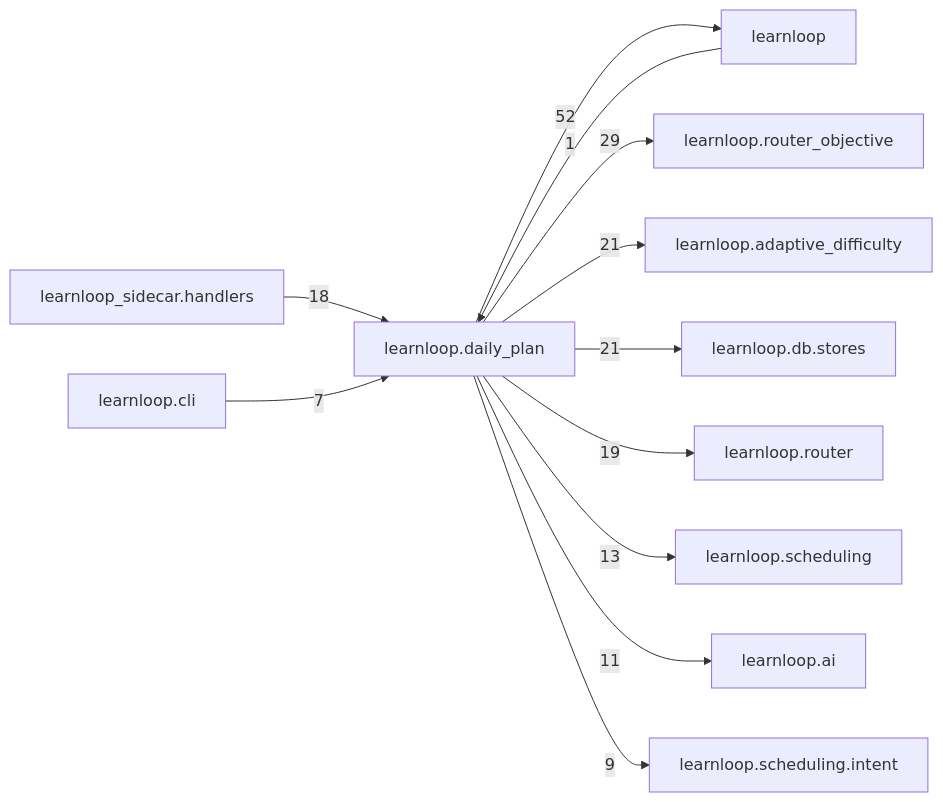
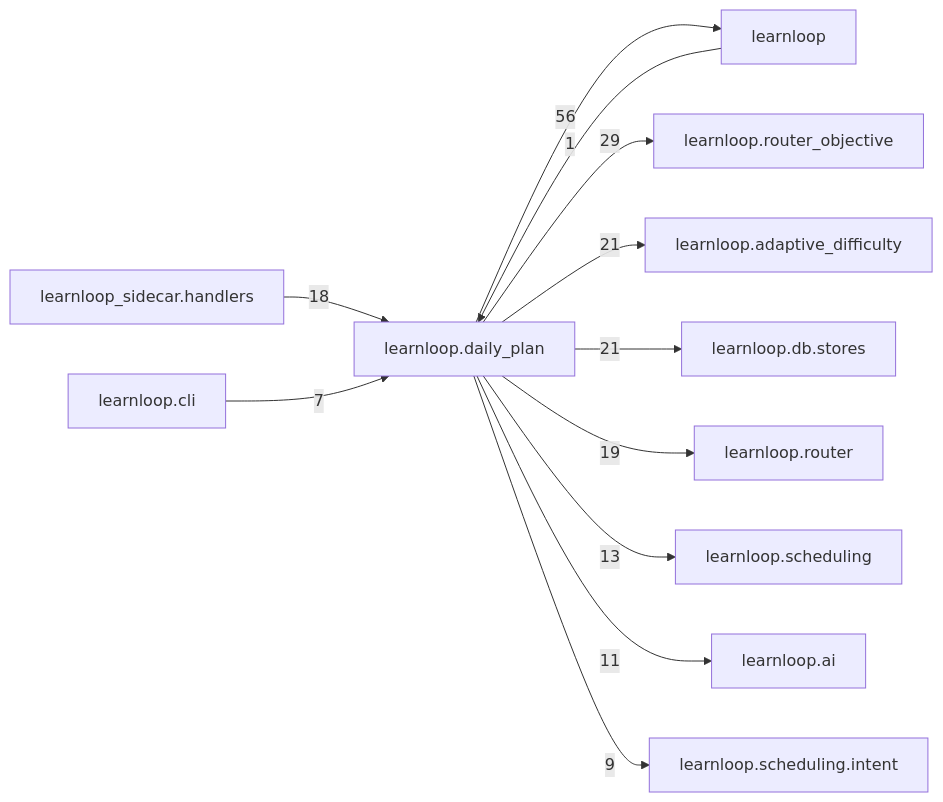
One commit to 6up-b/learnanything changed the diagram in docs/learnloop-architecture-vault/Reference/Modules/learnloop/daily_plan/_package.md. Above: the diagram before and after it, drawn with Mermaid. The commit also changed other lines of this file and 28 other files, not shown here.

````diff
--- a/docs/learnloop-architecture-vault/Reference/Modules/learnloop/daily_plan/_package.md
+++ b/docs/learnloop-architecture-vault/Reference/Modules/learnloop/daily_plan/_package.md
@@ -160,25 +162,25 @@
 ```mermaid
 flowchart LR
     center["learnloop.daily_plan"]
     n_learnloop["learnloop"]
     n_learnloop_router_objective["learnloop.router_objective"]
     n_learnloop_adaptive_difficulty["learnloop.adaptive_difficulty"]
     n_learnloop_db_stores["learnloop.db.stores"]
     n_learnloop_router["learnloop.router"]
     n_learnloop_sidecar_handlers["learnloop_sidecar.handlers"]
     n_learnloop_scheduling["learnloop.scheduling"]
     n_learnloop_ai["learnloop.ai"]
     n_learnloop_scheduling_intent["learnloop.scheduling.intent"]
     n_learnloop_cli["learnloop.cli"]
     n_learnloop -->|1| center
-    center -->|52| n_learnloop
+    center -->|56| n_learnloop
     center -->|29| n_learnloop_router_objective
     center -->|21| n_learnloop_adaptive_difficulty
     center -->|21| n_learnloop_db_stores
     center -->|19| n_learnloop_router
     n_learnloop_sidecar_handlers -->|18| center
     center -->|13| n_learnloop_scheduling
     center -->|11| n_learnloop_ai
     center -->|9| n_learnloop_scheduling_intent
     n_learnloop_cli -->|7| center
 ```
````
